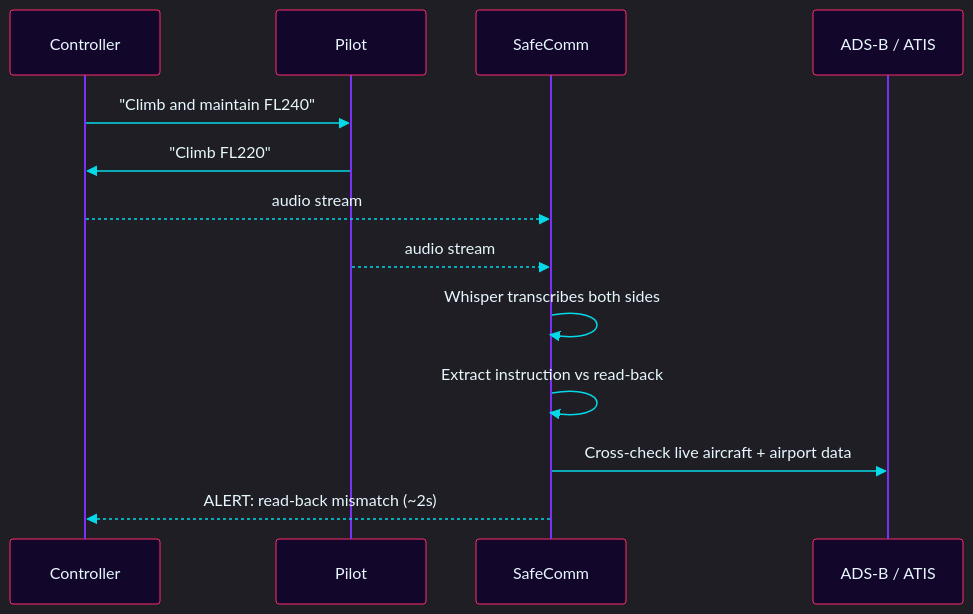
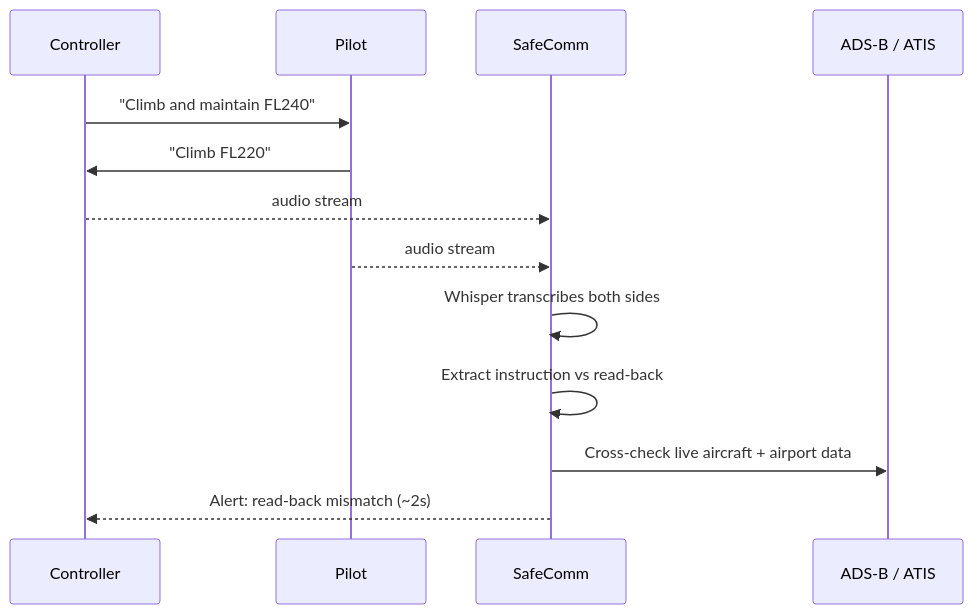
The third of 4 diagrams in README.md (chethankp365/chethankp365), drawn with Mermaid before and after one commit. The commit also changed other lines of this file, not shown here.

````diff
--- a/README.md
+++ b/README.md
@@ -123,16 +124,15 @@
 ```mermaid
-%%{init: {'theme':'dark','themeVariables':{'primaryColor':'#12062a','primaryBorderColor':'#ff2a6d','primaryTextColor':'#e8f7ff','lineColor':'#05d9e8','actorBkg':'#12062a','actorBorder':'#ff2a6d','actorTextColor':'#e8f7ff','actorLineColor':'#7b2ff7','signalColor':'#05d9e8','signalTextColor':'#e8f7ff'}}}%%
 sequenceDiagram
     participant ATC as Controller
     participant P as Pilot
     participant S as SafeComm
     participant X as ADS-B / ATIS
     ATC->>P: "Climb and maintain FL240"
     P->>ATC: "Climb FL220"
     ATC-->>S: audio stream
     P-->>S: audio stream
     S->>S: Whisper transcribes both sides
     S->>S: Extract instruction vs read-back
     S->>X: Cross-check live aircraft + airport data
-    S-->>ATC: ALERT: read-back mismatch (~2s)
+    S-->>ATC: Alert: read-back mismatch (~2s)
 ```
````
